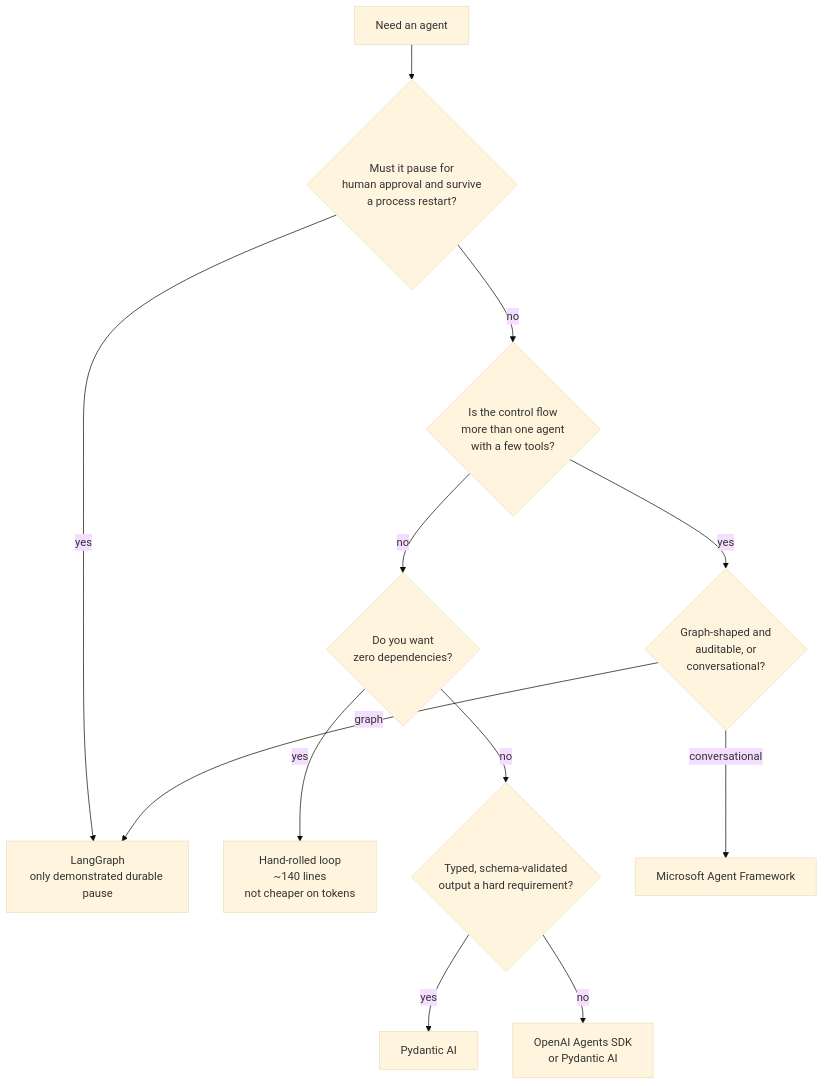
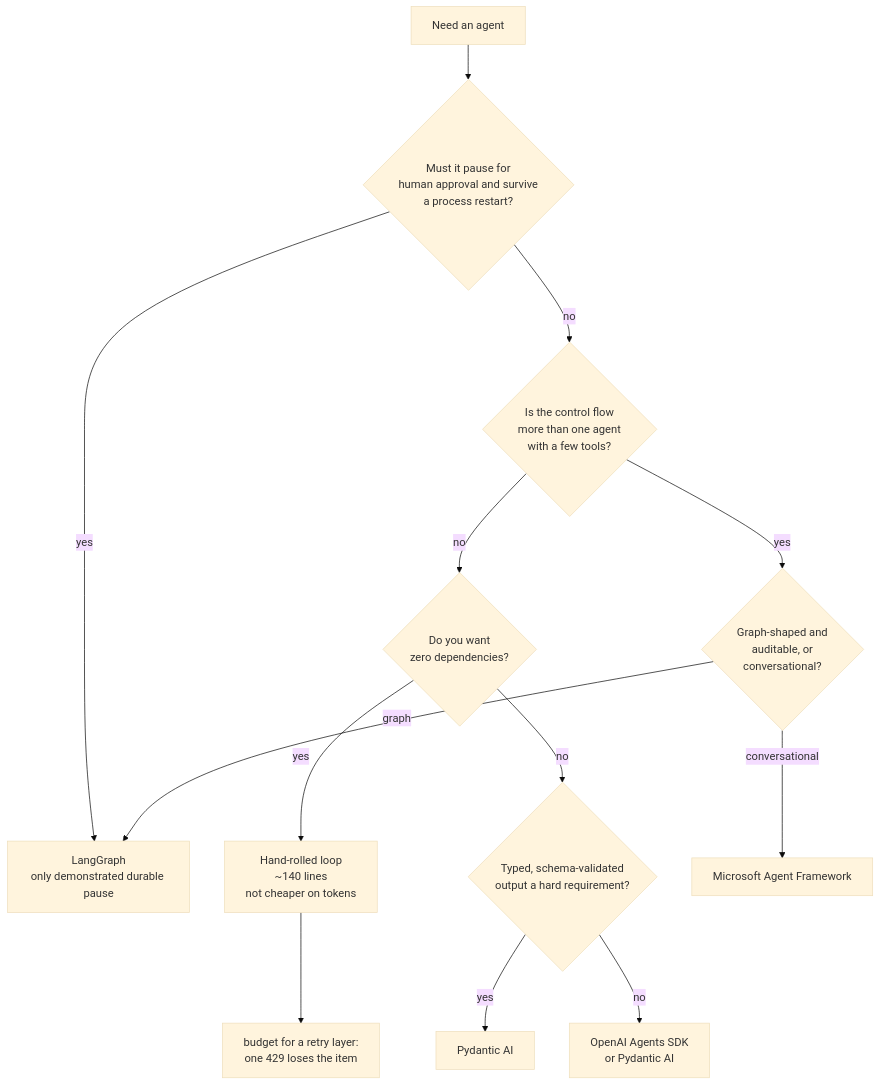
One commit to code-with-rashid/agentic-arena changed the diagram in docs/decision-guide.md. Above: the diagram before and after it, drawn with Mermaid (base theme). The commit also changed other lines of this file and 3 other files, not shown here.

````diff
--- a/docs/decision-guide.md
+++ b/docs/decision-guide.md
@@ -162,14 +271,15 @@
 ```mermaid
 flowchart TD
     A[Need an agent] --> B{Must it pause for<br/>human approval and survive<br/>a process restart?}
     B -- yes --> LG[LangGraph<br/>only demonstrated durable pause]
     B -- no --> C{Is the control flow<br/>more than one agent<br/>with a few tools?}
     C -- no --> D{Do you want<br/>zero dependencies?}
     D -- yes --> V[Hand-rolled loop<br/>~140 lines<br/>not cheaper on tokens]
     D -- no --> E{Typed, schema-validated<br/>output a hard requirement?}
     E -- yes --> PA[Pydantic AI]
     E -- no --> OA[OpenAI Agents SDK<br/>or Pydantic AI]
     C -- yes --> F{Graph-shaped and<br/>auditable, or<br/>conversational?}
     F -- graph --> LG
     F -- conversational --> MAF[Microsoft Agent Framework]
+    V --> R[budget for a retry layer:<br/>one 429 loses the item]
 ```
````
